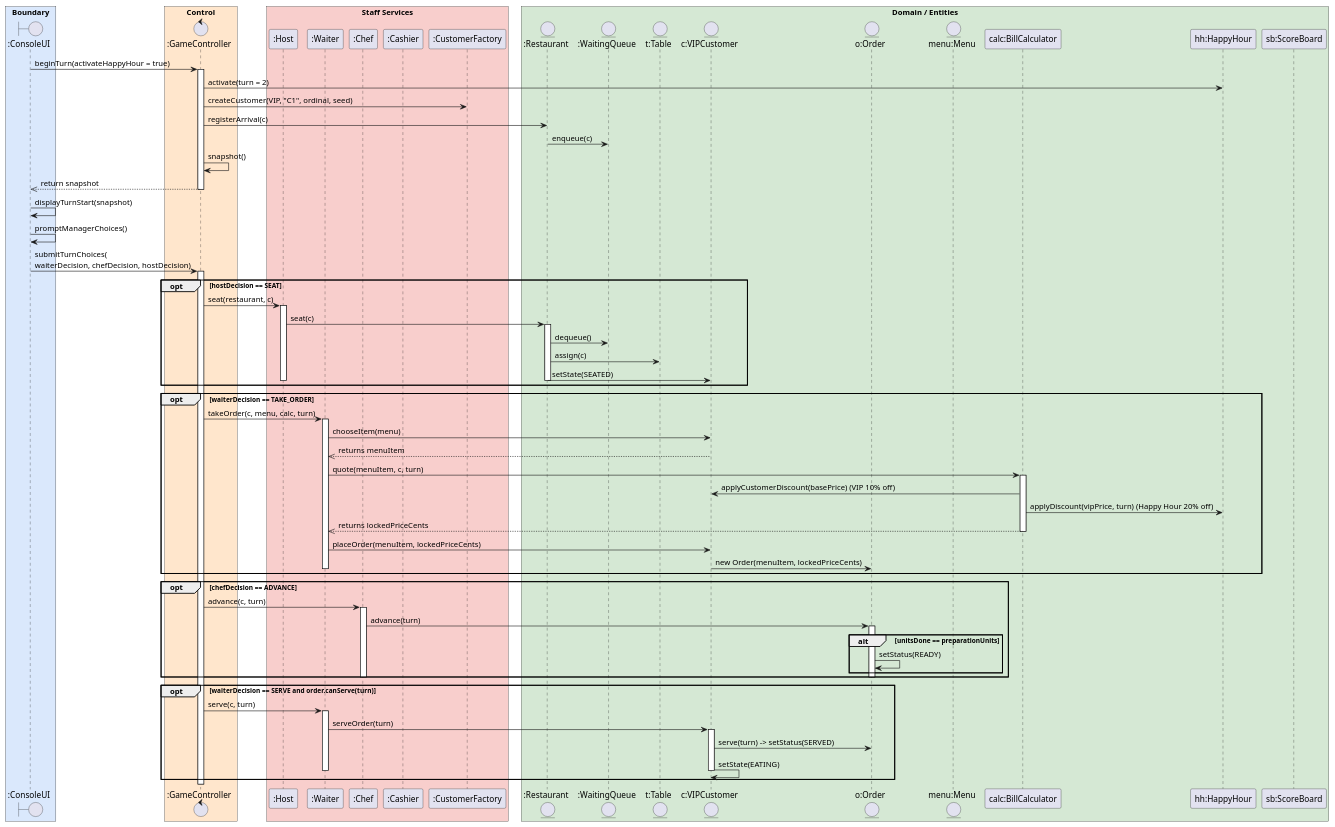
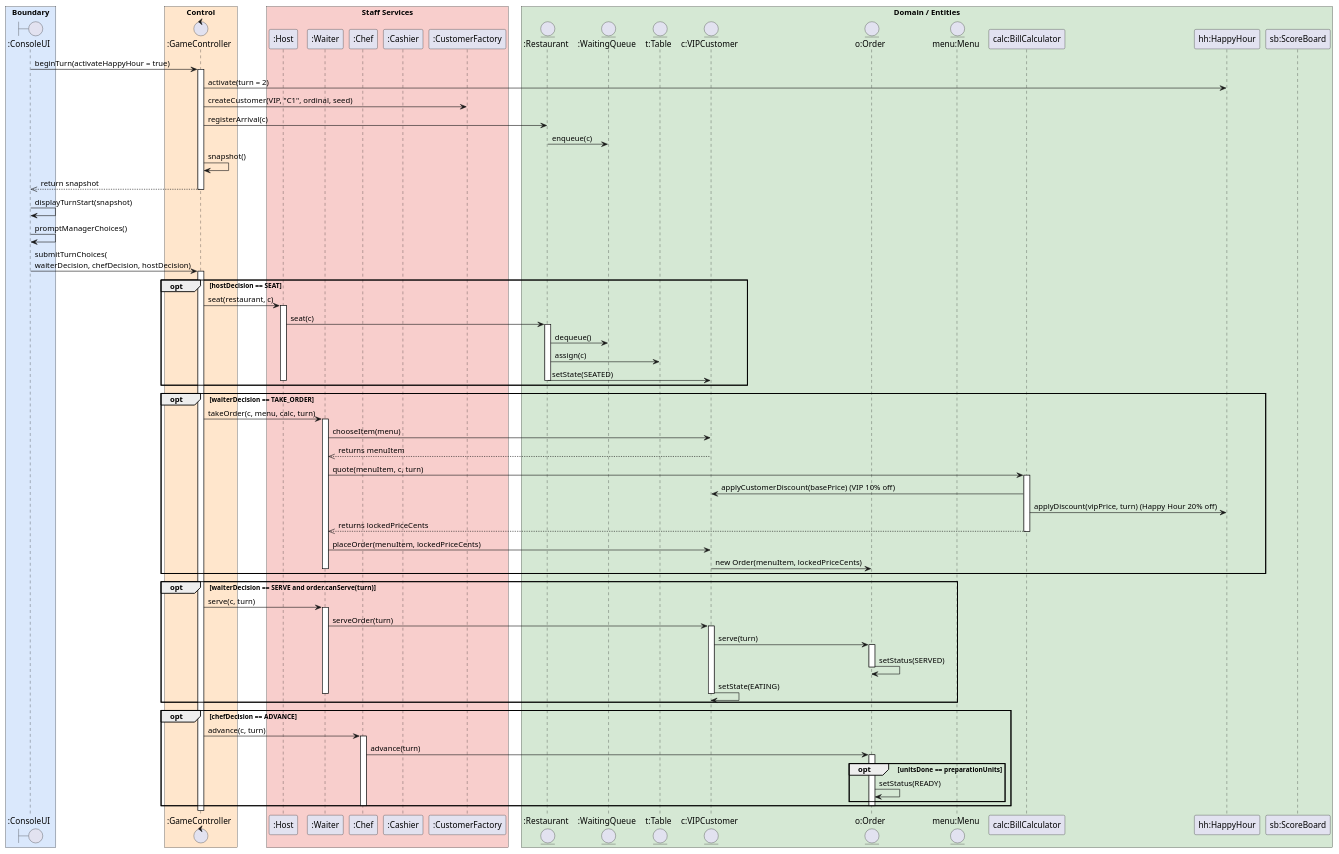
The diagram in RestaurantRush_SequenceDiagram.puml (Chin-Wee/Restaurant_Rush), drawn with PlantUML before and after one commit.

Commit message:
Fixed the turn order for the waiter and chef so waiter acts first

```diff
--- a/RestaurantRush_SequenceDiagram.puml
+++ b/RestaurantRush_SequenceDiagram.puml
@@ -1,103 +1,106 @@
 @startuml
 skinparam shadowing false
 skinparam boxPadding 10
 
 box "Boundary" #DAE8FC
 boundary ":ConsoleUI" as ConsoleUI
 end box
 
 box "Control" #FFE6CC
 control ":GameController" as GameController
 end box
 
 box "Staff Services" #F8CECC
 participant ":Host" as Host
 participant ":Waiter" as Waiter
 participant ":Chef" as Chef
 participant ":Cashier" as Cashier
 participant ":CustomerFactory" as CustomerFactory
 end box
 
 box "Domain / Entities" #D5E8D4
 entity ":Restaurant" as Restaurant
 entity ":WaitingQueue" as WaitingQueue
 entity "t:Table" as t
 entity "c:VIPCustomer" as c
 entity "o:Order" as o
 entity "menu:Menu" as menu
 participant "calc:BillCalculator" as calc
 participant "hh:HappyHour" as hh
 participant "sb:ScoreBoard" as sb
 end box
 ' ==== Phase 1 (Turn 2): Start of Turn & Display ====
 ConsoleUI -> GameController : beginTurn(activateHappyHour = true)
 activate GameController
 GameController -> hh : activate(turn = 2)
 GameController -> CustomerFactory : createCustomer(VIP, "C1", ordinal, seed)
 GameController -> Restaurant : registerArrival(c)
 Restaurant -> WaitingQueue : enqueue(c)
 GameController -> GameController : snapshot()
 GameController -->> ConsoleUI : return snapshot
 deactivate GameController
 ConsoleUI -> ConsoleUI : displayTurnStart(snapshot)
 
 ' ==== Phase 2 (Turn 2): Manager Input & Decisions ====
 ConsoleUI -> ConsoleUI : promptManagerChoices()
 ConsoleUI -> GameController : submitTurnChoices(\nwaiterDecision, chefDecision, hostDecision)
 activate GameController
 
 ' ==== Phase 3 (Turn 2): Seating decision (opt frame) ====
 opt hostDecision == SEAT
 GameController -> Host : seat(restaurant, c)
 activate Host
 Host -> Restaurant : seat(c)
 activate Restaurant
 Restaurant -> WaitingQueue : dequeue()
 Restaurant -> t : assign(c)
 Restaurant -> c : setState(SEATED)
 deactivate Restaurant
 deactivate Host
 end
 
 ' ==== Phase 3 (Turn 2): Order placement (opt frame) ====
 opt waiterDecision == TAKE_ORDER
 GameController -> Waiter : takeOrder(c, menu, calc, turn)
 activate Waiter
 Waiter -> c : chooseItem(menu)
 c -->> Waiter : returns menuItem
 Waiter -> calc : quote(menuItem, c, turn)
 activate calc
 calc -> c : applyCustomerDiscount(basePrice) (VIP 10% off)
 calc -> hh : applyDiscount(vipPrice, turn) (Happy Hour 20% off)
 calc -->> Waiter : returns lockedPriceCents
 deactivate calc
 Waiter -> c : placeOrder(menuItem, lockedPriceCents)
 c -> o : new Order(menuItem, lockedPriceCents)
 deactivate Waiter
 end
 
-' ==== Phase 4 (Turn 2): Kitchen preparation (opt + alt frames) ====
+' ==== Phase 4 (Turn 2): Serving (opt frame - Waiter acts BEFORE Chef) ====
+opt waiterDecision == SERVE and order.canServe(turn)
+GameController -> Waiter : serve(c, turn)
+activate Waiter
+Waiter -> c : serveOrder(turn)
+activate c
+c -> o : serve(turn)
+activate o
+o -> o : setStatus(SERVED)
+deactivate o
+c -> c : setState(EATING)
+deactivate c
+deactivate Waiter
+end
+
+' ==== Phase 4 (Turn 2): Kitchen preparation (opt + nested opt frames) ====
 opt chefDecision == ADVANCE
 GameController -> Chef : advance(c, turn)
 activate Chef
 Chef -> o : advance(turn)
 activate o
-alt unitsDone == preparationUnits
+opt unitsDone == preparationUnits
 o -> o : setStatus(READY)
 end
 deactivate o
 deactivate Chef
 end
-
-' ==== Phase 4 (Turn 2): Serving (opt frame) ====
-opt waiterDecision == SERVE and order.canServe(turn)
-GameController -> Waiter : serve(c, turn)
-activate Waiter
-Waiter -> c : serveOrder(turn)
-activate c
-c -> o : serve(turn) -> setStatus(SERVED)
-c -> c : setState(EATING)
-deactivate c
-deactivate Waiter
-end
 @enduml
```
